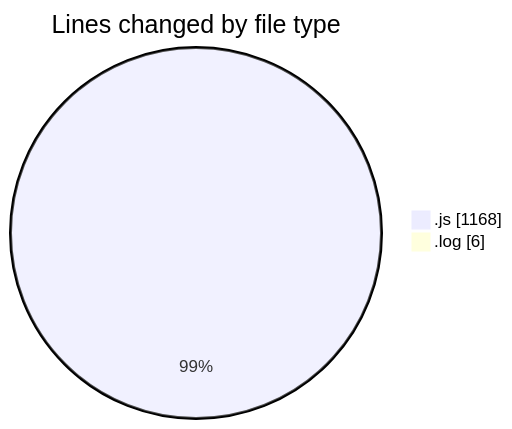
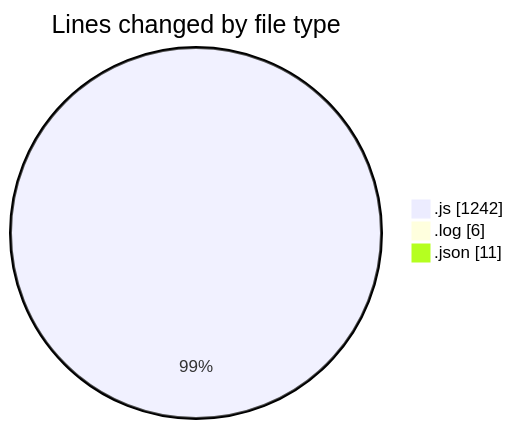
One commit to BS-eng2023/code-tracking changed the first of 2 diagrams in 2025-03-31/jsvms/README.md. Above: the diagram before and after it, drawn with Mermaid. The commit also changed other lines of this file and 1 other file, not shown here.

````diff
--- a/2025-03-31/jsvms/README.md
+++ b/2025-03-31/jsvms/README.md
@@ -33,6 +34,7 @@
 ```mermaid
 pie showData
 title Lines changed by file type
-".js" : 1168
+".js" : 1242
 ".log" : 6
+".json" : 11
 ```
````
